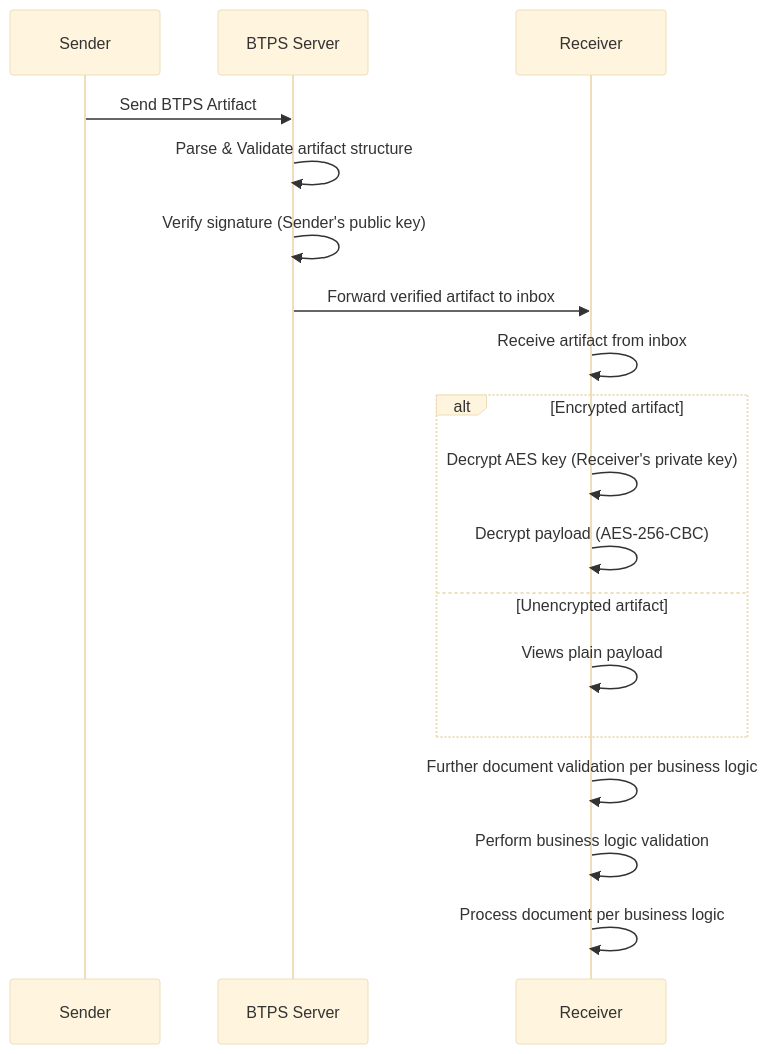
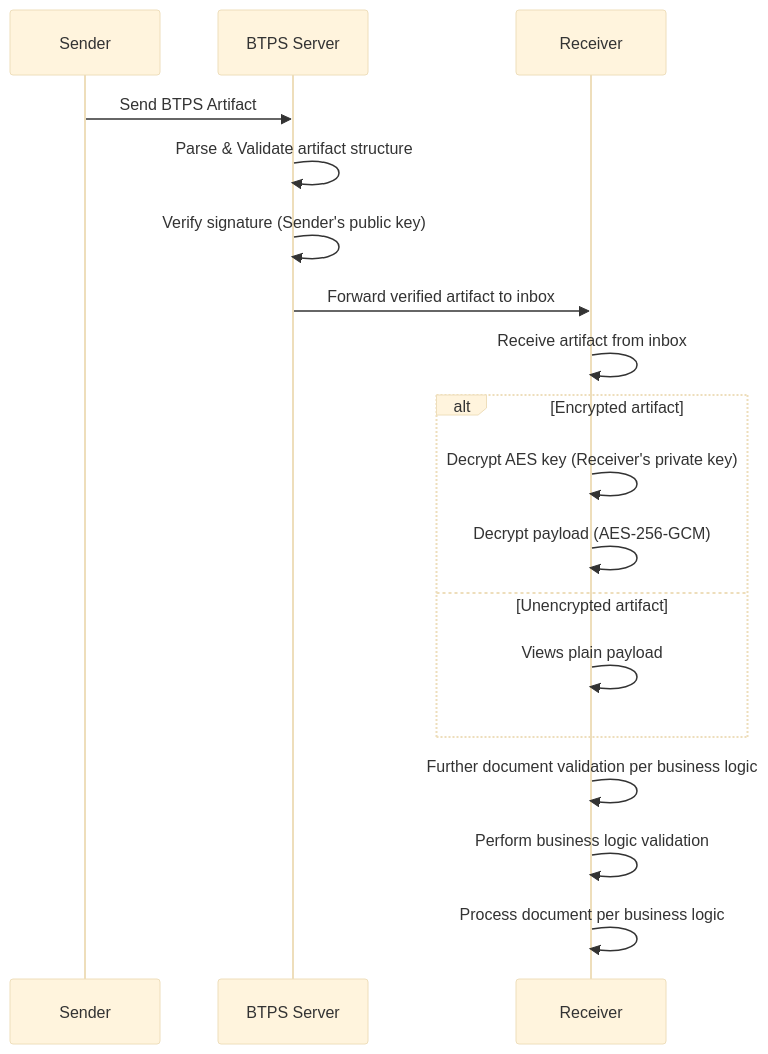
One commit to openbtps/btps-node changed the diagram in docs/docusaurus/docs/protocol/security/decryption.md. Above: the diagram before and after it, drawn with Mermaid (base theme). The commit also changed other lines of this file and 33 other files, not shown here.

````diff
--- a/docs/docusaurus/docs/protocol/security/decryption.md
+++ b/docs/docusaurus/docs/protocol/security/decryption.md
@@ -42,22 +42,22 @@
 ```mermaid
 sequenceDiagram
     participant Sender
     participant BTPS Server
     participant Receiver
 
     Sender->>BTPS Server: Send BTPS Artifact
     BTPS Server->>BTPS Server: Parse & Validate artifact structure
     BTPS Server->>BTPS Server: Verify signature (Sender's public key)
     BTPS Server->>Receiver: Forward verified artifact to inbox
 
     Receiver->>Receiver: Receive artifact from inbox
     alt Encrypted artifact
         Receiver->>Receiver: Decrypt AES key (Receiver's private key)
-        Receiver->>Receiver: Decrypt payload (AES-256-CBC)
+        Receiver->>Receiver: Decrypt payload (AES-256-GCM)
     else Unencrypted artifact
         Receiver->>Receiver: Views plain payload
     end
     Receiver->>Receiver: Further document validation per business logic
     Receiver->>Receiver: Perform business logic validation
     Receiver->>Receiver: Process document per business logic
 ```
````
